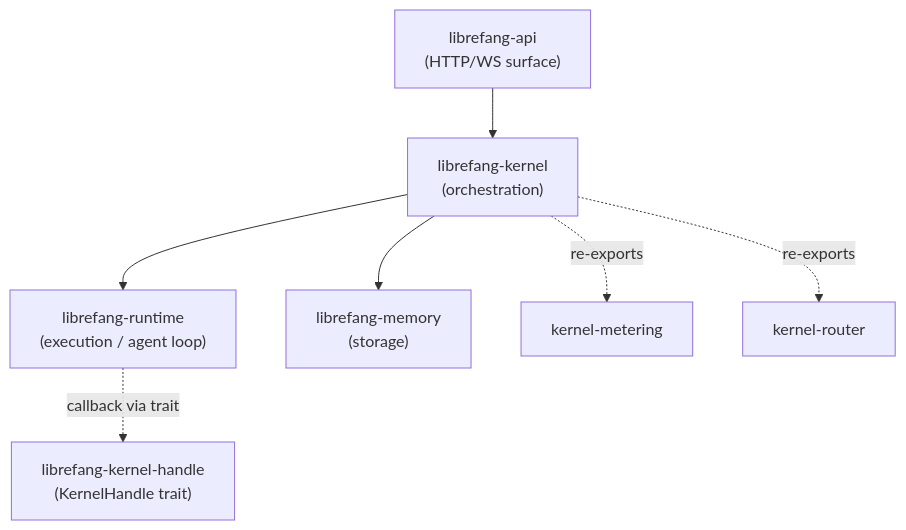
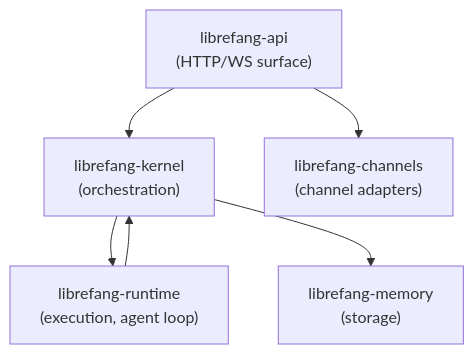
The diagram in other-librefang-kernel.md (leszek3737/librefang-WIki), drawn with Mermaid before and after one commit. The commit also changed other lines of this file and 119 other files, not shown here.

````diff
--- a/other-librefang-kernel.md
+++ b/other-librefang-kernel.md
@@ -9,15 +11,13 @@
 ```mermaid
 graph TD
     API["librefang-api<br/>(HTTP/WS surface)"]
-    K["librefang-kernel<br/>(orchestration)"]
-    RT["librefang-runtime<br/>(execution / agent loop)"]
-    MEM["librefang-memory<br/>(storage)"]
-    KH["librefang-kernel-handle<br/>(KernelHandle trait)"]
-
-    API --> K
-    K --> RT
-    K --> MEM
-    RT -.->|"callback via trait"| KH
-    K -.->|"re-exports"| KM["kernel-metering"]
-    K -.->|"re-exports"| KR["kernel-router"]
+    KERNEL["librefang-kernel<br/>(orchestration)"]
+    RUNTIME["librefang-runtime<br/>(execution, agent loop)"]
+    MEMORY["librefang-memory<br/>(storage)"]
+    CHANNELS["librefang-channels<br/>(channel adapters)"]
+    API --> KERNEL
+    KERNEL --> RUNTIME
+    KERNEL --> MEMORY
+    RUNTIME --> KERNEL
+    API --> CHANNELS
 ```
````
